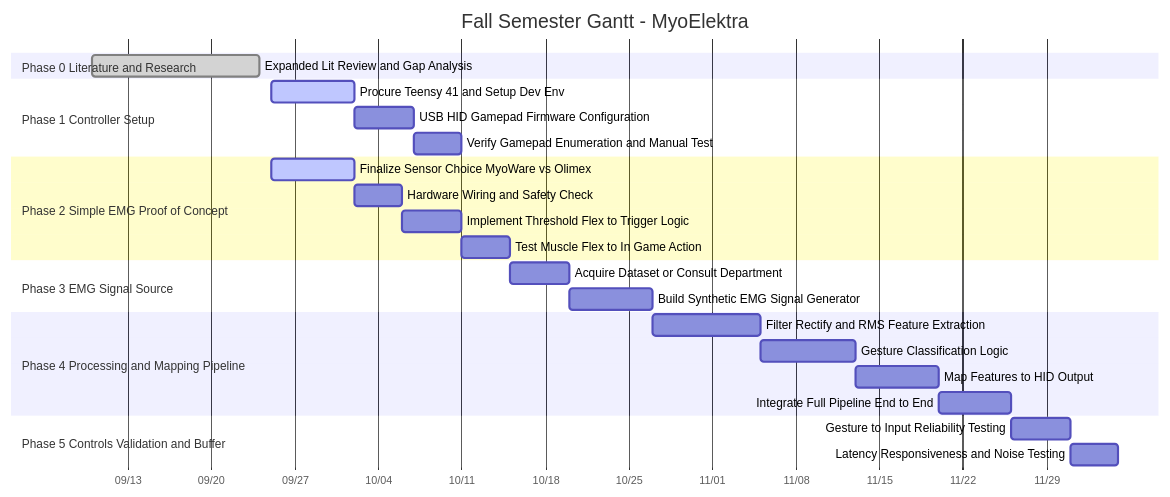
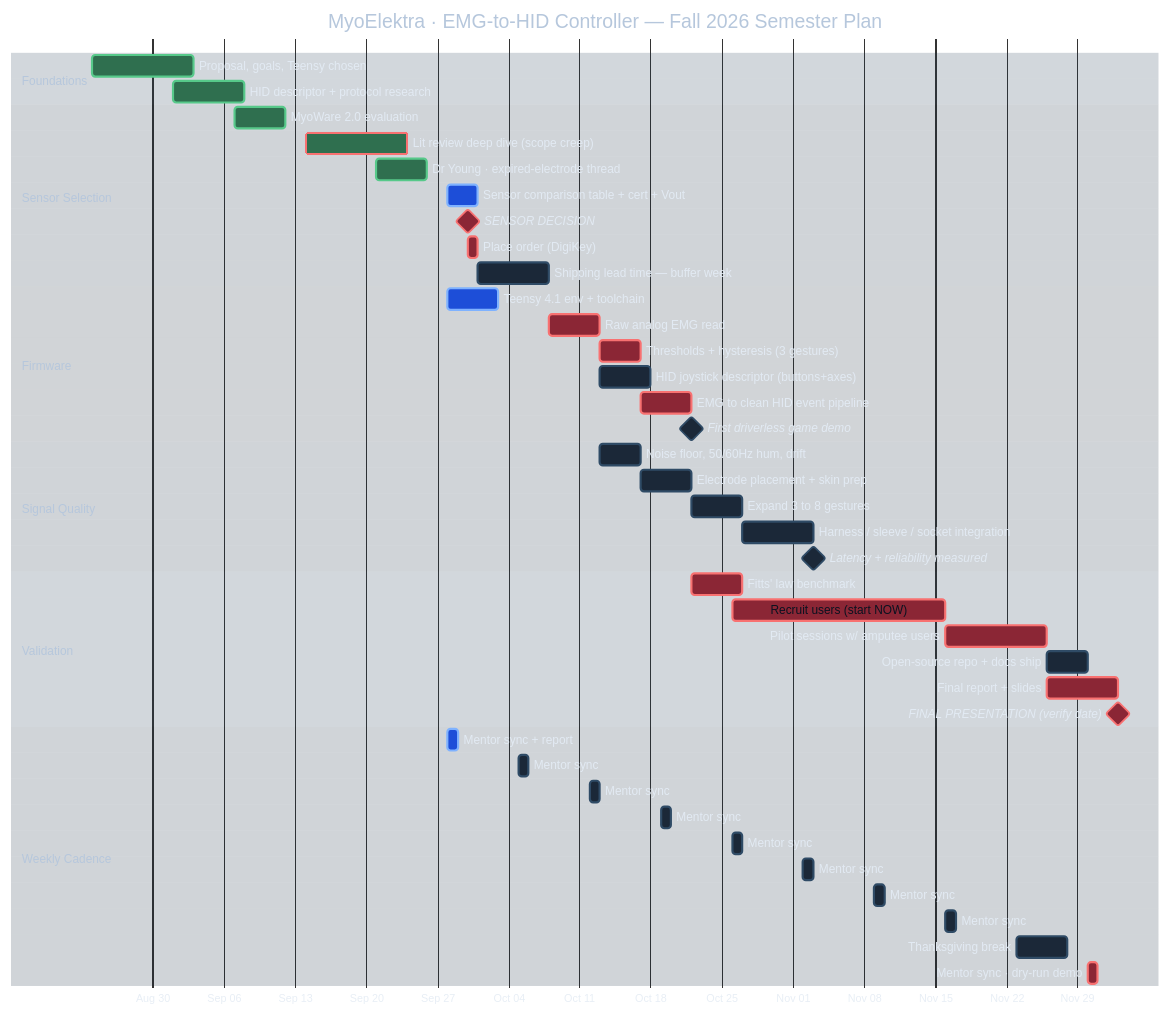
One commit to alexs-2020/MyoElektra changed the diagram in README.md. Above: the diagram before and after it, drawn with Mermaid.

````diff
--- a/README.md
+++ b/README.md
@@ -11,34 +11,55 @@
 ```mermaid
+%%{init: {'theme':'base','themeVariables':{'primaryColor':'#1b2838','primaryBorderColor':'#2f4b66','primaryTextColor':'#e2eaf3','fontFamily':'Inter, Segoe UI, Helvetica, sans-serif','fontSize':'13px','taskTextColor':'#0b1220','taskTextOutsideColor':'#e2eaf3','sectionBkgColor':'#22384f','altSectionBkgColor':'#18293c','sectionBorderColor':'#3d6288','gridColor':'#2c4258','todayLineColor':'#f5c518','doneTaskBkgColor':'#2f6f4f','doneTaskBorderColor':'#57c98a','activeTaskBkgColor':'#1d4ed8','activeTaskBorderColor':'#7fb2ff','critBkgColor':'#8b2635','critBorderColor':'#f87171','milestoneColor':'#f59e0b'}}}%%
 gantt
-    title Fall Semester Gantt - MyoElektra
-    dateFormat  YYYY-MM-DD
-    axisFormat  %m/%d
+    title MyoElektra · EMG-to-HID Controller — Fall 2026 Semester Plan
+    dateFormat YYYY-MM-DD
+    axisFormat %b %d
 
-    section Phase 0 Literature and Research
-    Expanded Lit Review and Gap Analysis        :done, p0_lit, 2026-09-10, 2026-09-24
+    section Foundations
+    Proposal, goals, Teensy chosen          :done,    f1, 2026-08-24, 10d
+    HID descriptor + protocol research     :done,    f2, 2026-09-01, 7d
 
-    section Phase 1 Controller Setup
-    Procure Teensy 41 and Setup Dev Env        :active, p1_proc, 2026-09-25, 2026-10-02
-    USB HID Gamepad Firmware Configuration     :p1_hid, after p1_proc, 5d
-    Verify Gamepad Enumeration and Manual Test  :p1_ver, after p1_hid, 4d
+    section Sensor Selection
+    MyoWare 2.0 evaluation                :done,    s1, 2026-09-07, 5d
+    Lit review deep dive (scope creep)     :crit, done, s2, 2026-09-14, 10d
+    Dr Young · expired-electrode thread    :done,    s3, 2026-09-21, 5d
+    Sensor comparison table + cert + Vout  :active,  s4, 2026-09-28, 3d
+    SENSOR DECISION                        :milestone, crit, m2, 2026-09-30, 0d
+    Place order (DigiKey)                  :crit,     o1, after m2, 1d
+    Shipping lead time — buffer week       :         o2, after o1, 7d
 
-    section Phase 2 Simple EMG Proof of Concept
-    Finalize Sensor Choice MyoWare vs Olimex   :active, p2_sens, 2026-09-25, 2026-10-02
-    Hardware Wiring and Safety Check           :p2_wire, after p2_sens, 4d
-    Implement Threshold Flex to Trigger Logic  :p2_flex, after p2_wire, 5d
-    Test Muscle Flex to In Game Action         :p2_test, after p2_flex, 4d
+    section Firmware
+    Teensy 4.1 env + toolchain            :active,  w1, 2026-09-28, 5d
+    Raw analog EMG read                     :crit,     w2, after o2, 5d
+    Thresholds + hysteresis (3 gestures)   :crit,     w3, after w2, 4d
+    HID joystick descriptor (buttons+axes) :         w4, after w2, 5d
+    EMG to clean HID event pipeline        :crit,     w5, after w3, 5d
+    First driverless game demo            :milestone, m3, after w5, 0d
 
-    section Phase 3 EMG Signal Source
-    Acquire Dataset or Consult Department      :p3_data, after p2_test, 5d
-    Build Synthetic EMG Signal Generator      :p3_gen, after p3_data, 7d
+    section Signal Quality
+    Noise floor, 50/60Hz hum, drift        :         q1, after w2, 4d
+    Electrode placement + skin prep        :         q2, after q1, 5d
+    Expand 3 to 8 gestures                :         q3, after q2, 5d
+    Harness / sleeve / socket integration  :         q4, after q3, 7d
+    Latency + reliability measured         :milestone, m4, after q4, 0d
 
-    section Phase 4 Processing and Mapping Pipeline
-    Filter Rectify and RMS Feature Extraction  :p4_filt, after p3_gen, 9d
-    Gesture Classification Logic              :p4_clas, after p4_filt, 8d
-    Map Features to HID Output                 :p4_map, after p4_clas, 7d
-    Integrate Full Pipeline End to End         :p4_integ, after p4_map, 6d
+    section Validation
+    Fitts' law benchmark                  :crit,     v1, after m3, 5d
+    Recruit users (start NOW)              :crit,     r1, 2026-10-26, 21d
+    Pilot sessions w/ amputee users        :crit,     v2, after r1, 10d
+    Open-source repo + docs ship           :         v3, after v2, 4d
+    Final report + slides                  :crit,     v4, after v2, 7d
+    FINAL PRESENTATION (verify date)       :milestone, crit, m5, after v4, 0d
 
-    section Phase 5 Controls Validation and Buffer
-    Gesture to Input Reliability Testing       :p5_rel, after p4_integ, 5d
-    Latency Responsiveness and Noise Testing   :p5_lat, after p5_rel, 4d
+    section Weekly Cadence
+    Mentor sync + report                   :active,    c1, 2026-09-28, 1d
+    Mentor sync                            :         c2, 2026-10-05, 1d
+    Mentor sync                            :         c3, 2026-10-12, 1d
+    Mentor sync                            :         c4, 2026-10-19, 1d
+    Mentor sync                            :         c5, 2026-10-26, 1d
+    Mentor sync                            :         c6, 2026-11-02, 1d
+    Mentor sync                            :         c7, 2026-11-09, 1d
+    Mentor sync                            :         c8, 2026-11-16, 1d
+    Thanksgiving break                     :         c9, 2026-11-23, 5d
+    Mentor sync · dry-run demo             :crit,     c10, 2026-11-30, 1d
 ```
````
